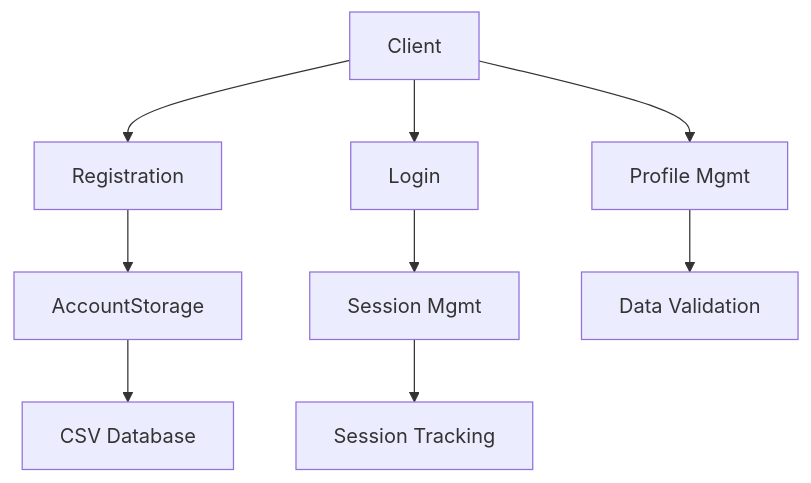
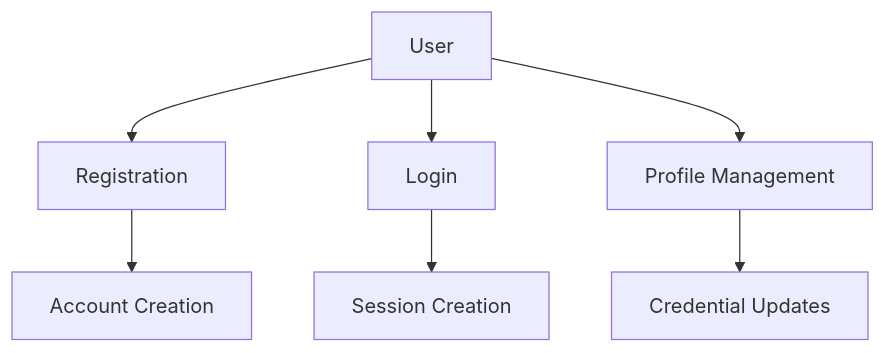
One commit to kelsierfin/BasicGamingPlatform changed the first of 2 diagrams in src documentation/authentication/Authentication_system_design.md. Above: the diagram before and after it, drawn with Mermaid. The commit also changed other lines of this file, not shown here.

````diff
--- a/src documentation/authentication/Authentication_system_design.md
+++ b/src documentation/authentication/Authentication_system_design.md
@@ -26,11 +22,9 @@
 ```mermaid
 flowchart TD
-    A[Client] --> B[Registration]
+    A[User] --> B[Registration]
     A --> C[Login]
-    A --> D[Profile Mgmt]
-    B --> E[AccountStorage]
-    C --> F[Session Mgmt]
-    D --> G[Data Validation]
-    E --> H[CSV Database]
-    F --> I[Session Tracking]
+    A --> D[Profile Management]
+    B --> E[Account Creation]
+    C --> F[Session Creation]
+    D --> G[Credential Updates]
 ```
````
